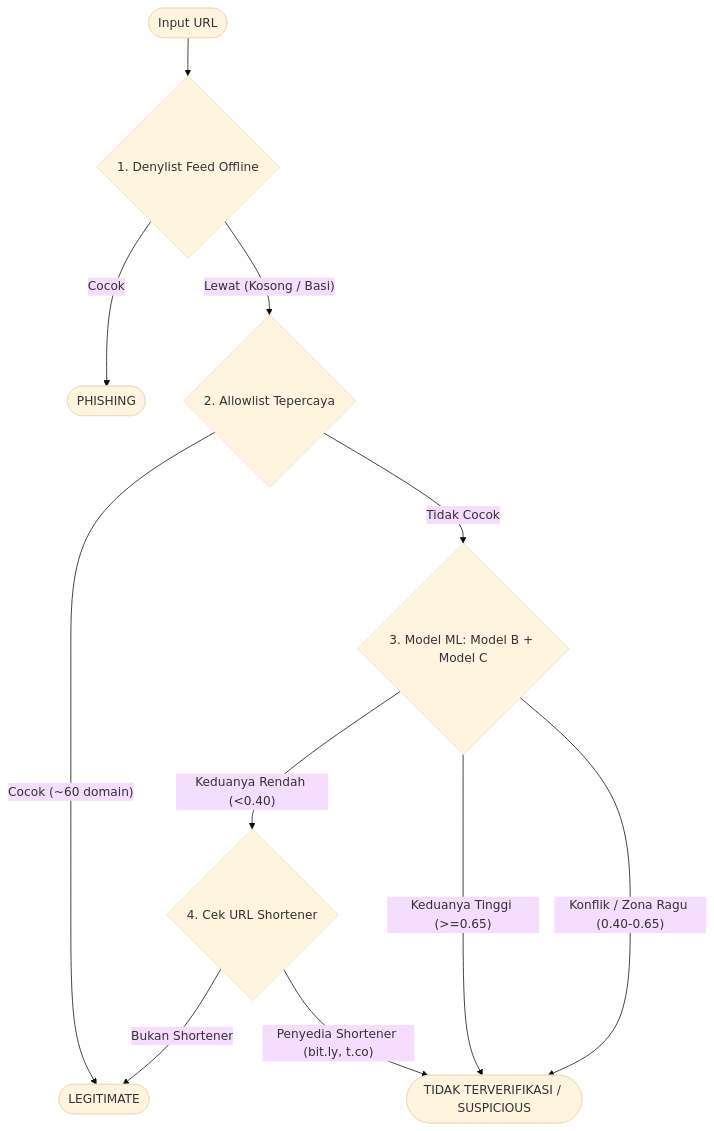
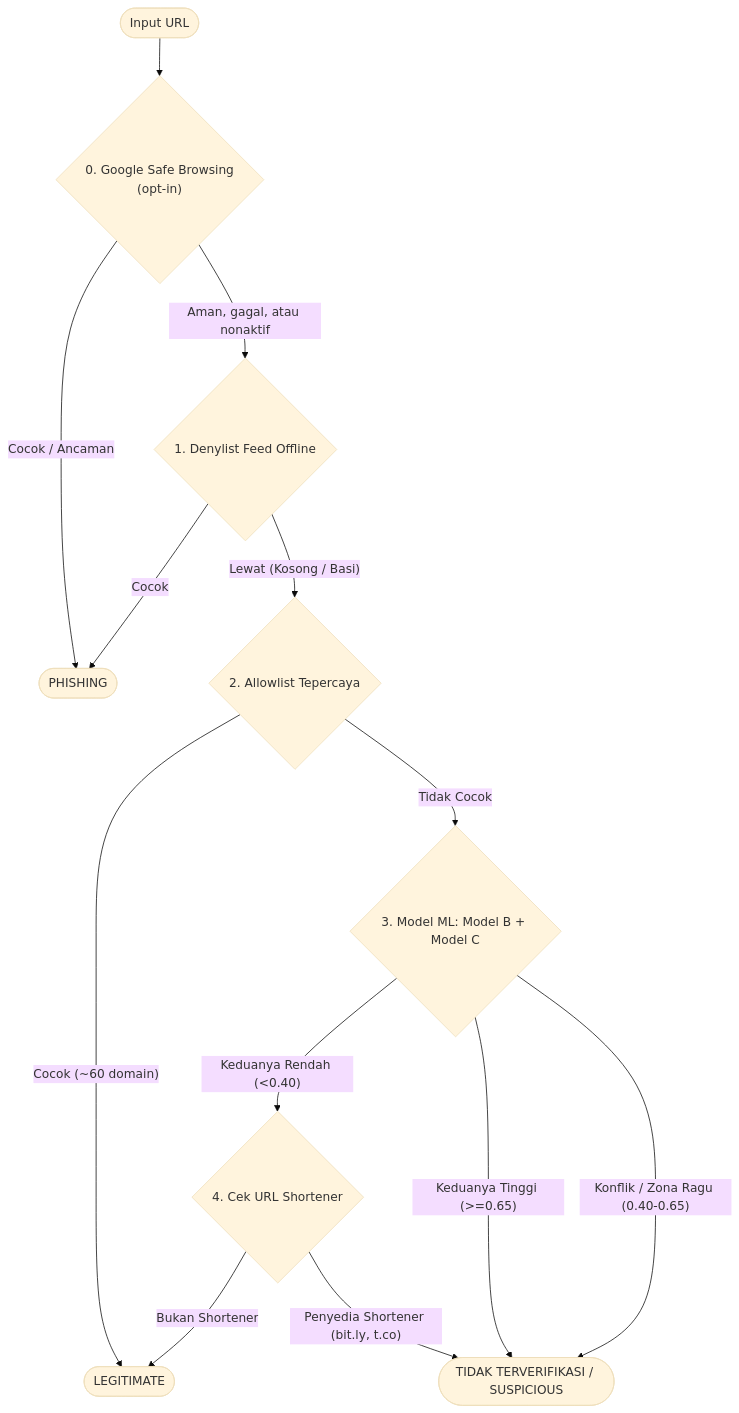
One commit to Raka-coder/phishguard-rfxgb changed the diagram in README.md. Above: the diagram before and after it, drawn with Mermaid (base theme). The commit also changed other lines of this file and 12 other files, not shown here.

First line of the commit message:
Layer 0 Google Safe Browsing (opt-in) + visualisasi lapisan dan sumber keputusan

````diff
--- a/README.md
+++ b/README.md
@@ -22,13 +22,15 @@
 ```mermaid
 flowchart TD
-    Start([Input URL]) --> L1{1. Denylist Feed Offline}
-    L1 -- Cocok --> Phishing([PHISHING])
+    Start([Input URL]) --> L0{"0. Google Safe Browsing<br/>(opt-in)"}
+    L0 -- "Cocok / Ancaman" --> Phishing([PHISHING])
+    L0 -- "Aman, gagal, atau nonaktif" --> L1{1. Denylist Feed Offline}
+    L1 -- Cocok --> Phishing
     L1 -- "Lewat (Kosong / Basi)" --> L2{2. Allowlist Tepercaya}
     L2 -- "Cocok (~60 domain)" --> Legitimate([LEGITIMATE])
     L2 -- Tidak Cocok --> L3{3. Model ML: Model B + Model C}
     L3 -- "Keduanya Rendah (<0.40)" --> L4{4. Cek URL Shortener}
     L3 -- "Keduanya Tinggi (>=0.65)" --> Suspicious([TIDAK TERVERIFIKASI / SUSPICIOUS])
     L3 -- "Konflik / Zona Ragu (0.40-0.65)" --> Suspicious
     L4 -- "Bukan Shortener" --> Legitimate
     L4 -- "Penyedia Shortener (bit.ly, t.co)" --> Suspicious
 ```
````
